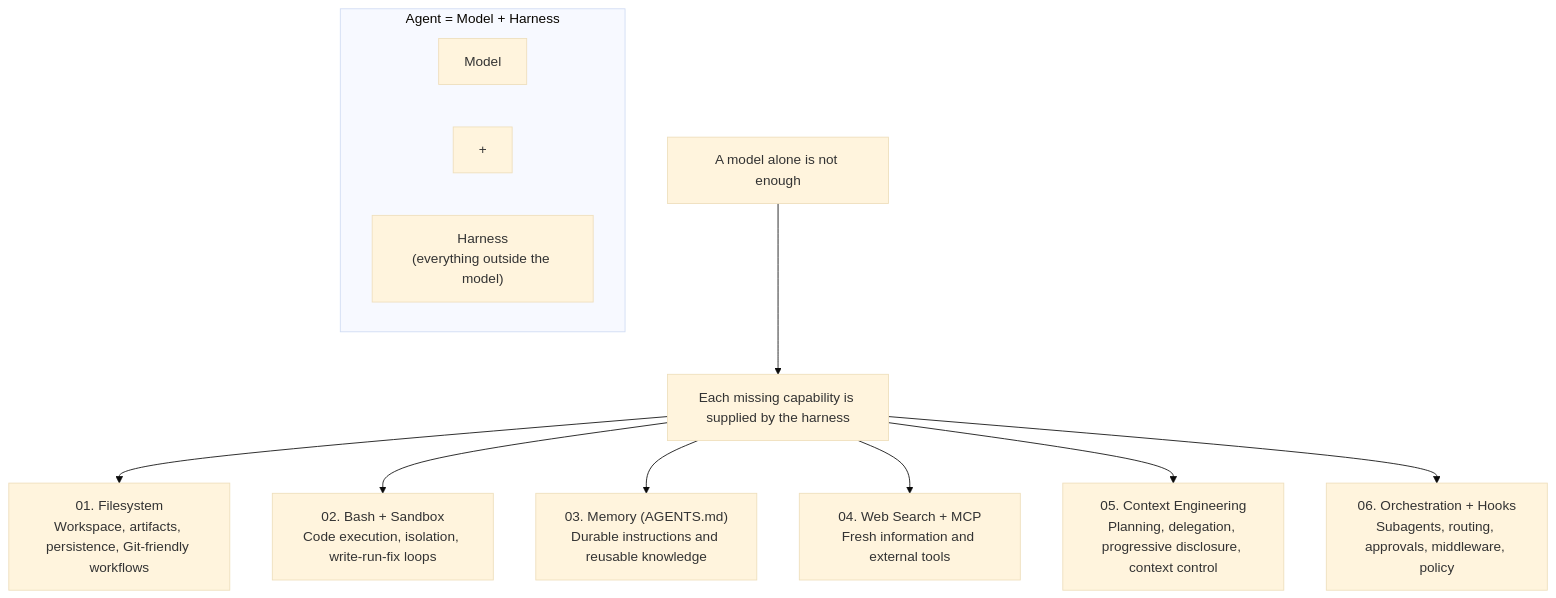
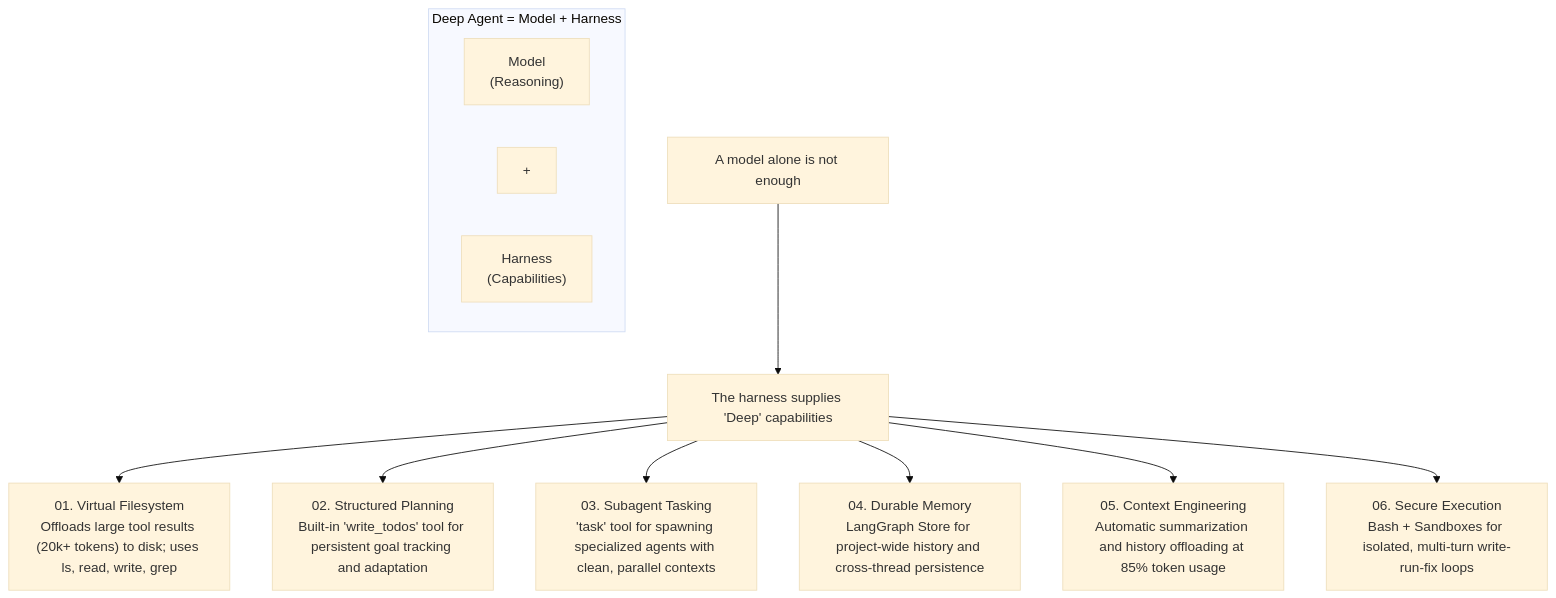
The diagram in README.md (jerryshao2012/deepagents-demo), drawn with Mermaid (base theme) before and after one commit. The commit also changed other lines of this file, not shown here.

First line of the commit message:
docs(README): refine Deep Agent architecture and update harness component details

````diff
--- a/README.md
+++ b/README.md
@@ -15,18 +13,18 @@
 ```mermaid
 flowchart TB
-    subgraph A["Agent = Model + Harness"]
+    subgraph A["Deep Agent = Model + Harness"]
         direction LR
-        M["Model"]
+        M["Model<br/>(Reasoning)"]
         P["+"]
-        H["Harness<br/>(everything outside the model)"]
+        H["Harness<br/>(Capabilities)"]
     end
 
-    L["A model alone is not enough"] --> C["Each missing capability is supplied by the harness"]
+    L["A model alone is not enough"] --> C["The harness supplies 'Deep' capabilities"]
 
-    C --> H1["01. Filesystem<br/>Workspace, artifacts, persistence, Git-friendly workflows"]
-    C --> H2["02. Bash + Sandbox<br/>Code execution, isolation, write-run-fix loops"]
-    C --> H3["03. Memory (AGENTS.md)<br/>Durable instructions and reusable knowledge"]
-    C --> H4["04. Web Search + MCP<br/>Fresh information and external tools"]
-    C --> H5["05. Context Engineering<br/>Planning, delegation, progressive disclosure, context control"]
-    C --> H6["06. Orchestration + Hooks<br/>Subagents, routing, approvals, middleware, policy"]
+    C --> H1["01. Virtual Filesystem<br/>Offloads large tool results (20k+ tokens) to disk; uses ls, read, write, grep"]
+    C --> H2["02. Structured Planning<br/>Built-in 'write_todos' tool for persistent goal tracking and adaptation"]
+    C --> H3["03. Subagent Tasking<br/>'task' tool for spawning specialized agents with clean, parallel contexts"]
+    C --> H4["04. Durable Memory<br/>LangGraph Store for project-wide history and cross-thread persistence"]
+    C --> H5["05. Context Engineering<br/>Automatic summarization and history offloading at 85% token usage"]
+    C --> H6["06. Secure Execution<br/>Bash + Sandboxes for isolated, multi-turn write-run-fix loops"]
 ```
````
